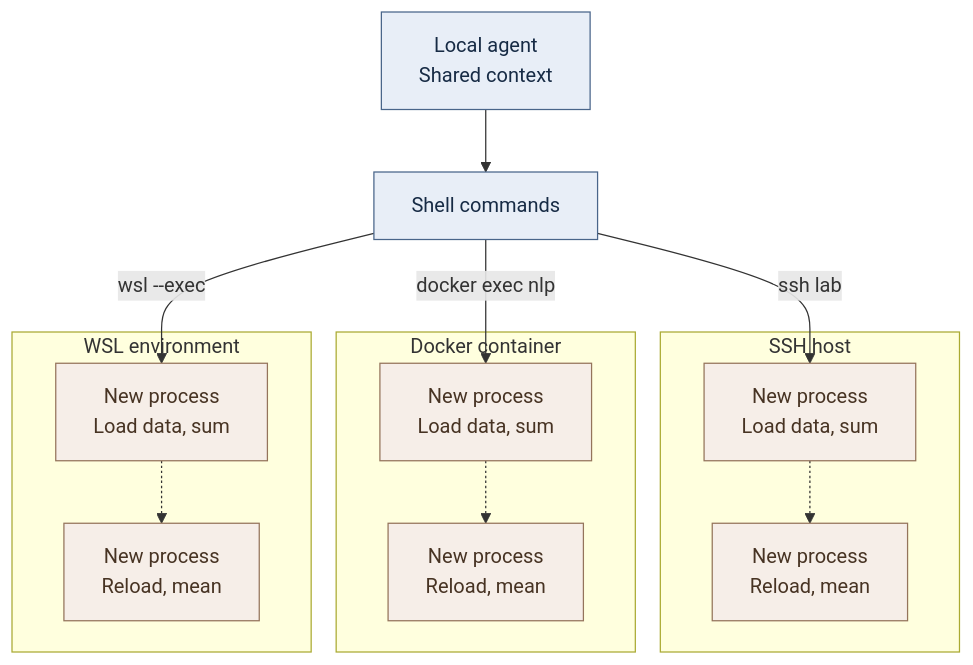
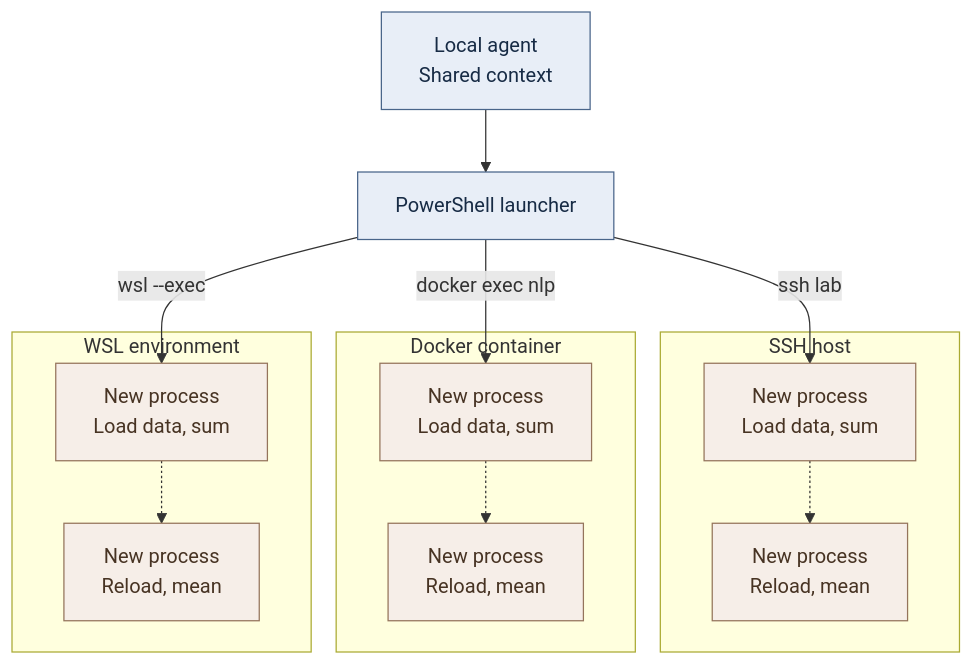
The diagram in direct-execution.mmd (jay-waves/no-harness), drawn with Mermaid before and after one commit. The commit also changed 28 other files, not shown here.

```diff
--- a/direct-execution.mmd
+++ b/direct-execution.mmd
@@ -1,18 +1,18 @@
 flowchart TD
-    A["Local agent<br/>Shared context"] --> B["Shell commands"]
+    A["Local agent<br/>Shared context"] --> B["PowerShell launcher"]
     subgraph SSH[SSH host]
         S1["New process<br/>Load data, sum"] -.-> S2["New process<br/>Reload, mean"]
     end
     subgraph Docker[Docker container]
         D1["New process<br/>Load data, sum"] -.-> D2["New process<br/>Reload, mean"]
     end
     subgraph WSL[WSL environment]
         W1["New process<br/>Load data, sum"] -.-> W2["New process<br/>Reload, mean"]
     end
     B -->|ssh lab| S1
     B -->|docker exec nlp| D1
     B -->|wsl --exec| W1
     classDef local fill:#e8eef7,stroke:#49658a,color:#172b45
     classDef process fill:#f6eee8,stroke:#94745b,color:#473323
     class A,B local
     class S1,S2,D1,D2,W1,W2 process
```
